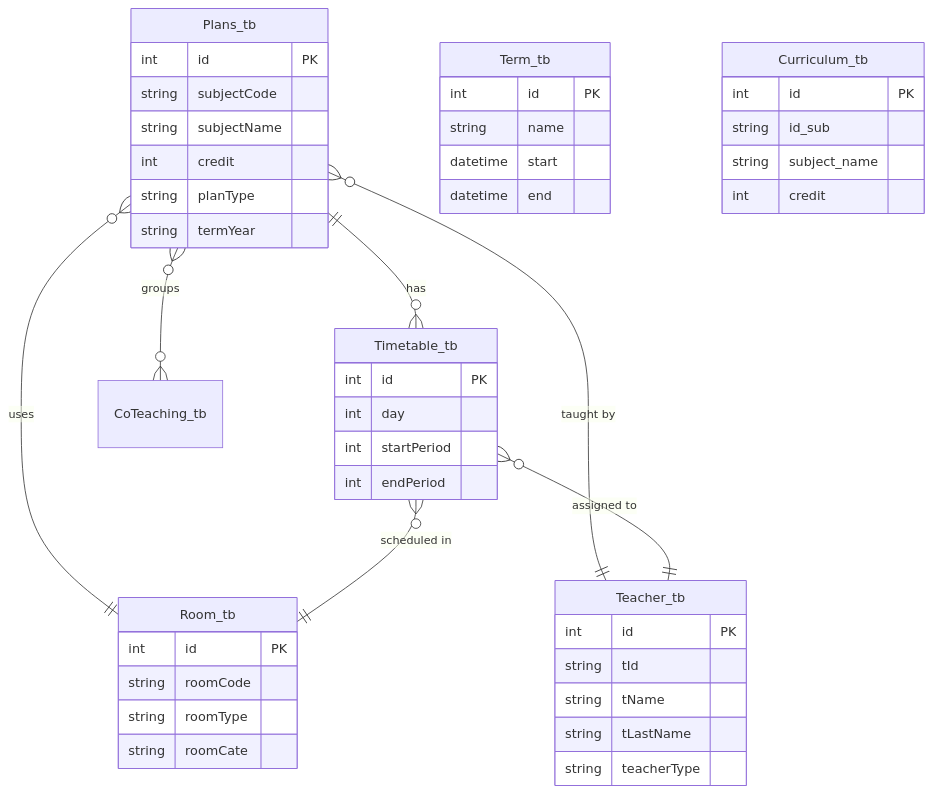
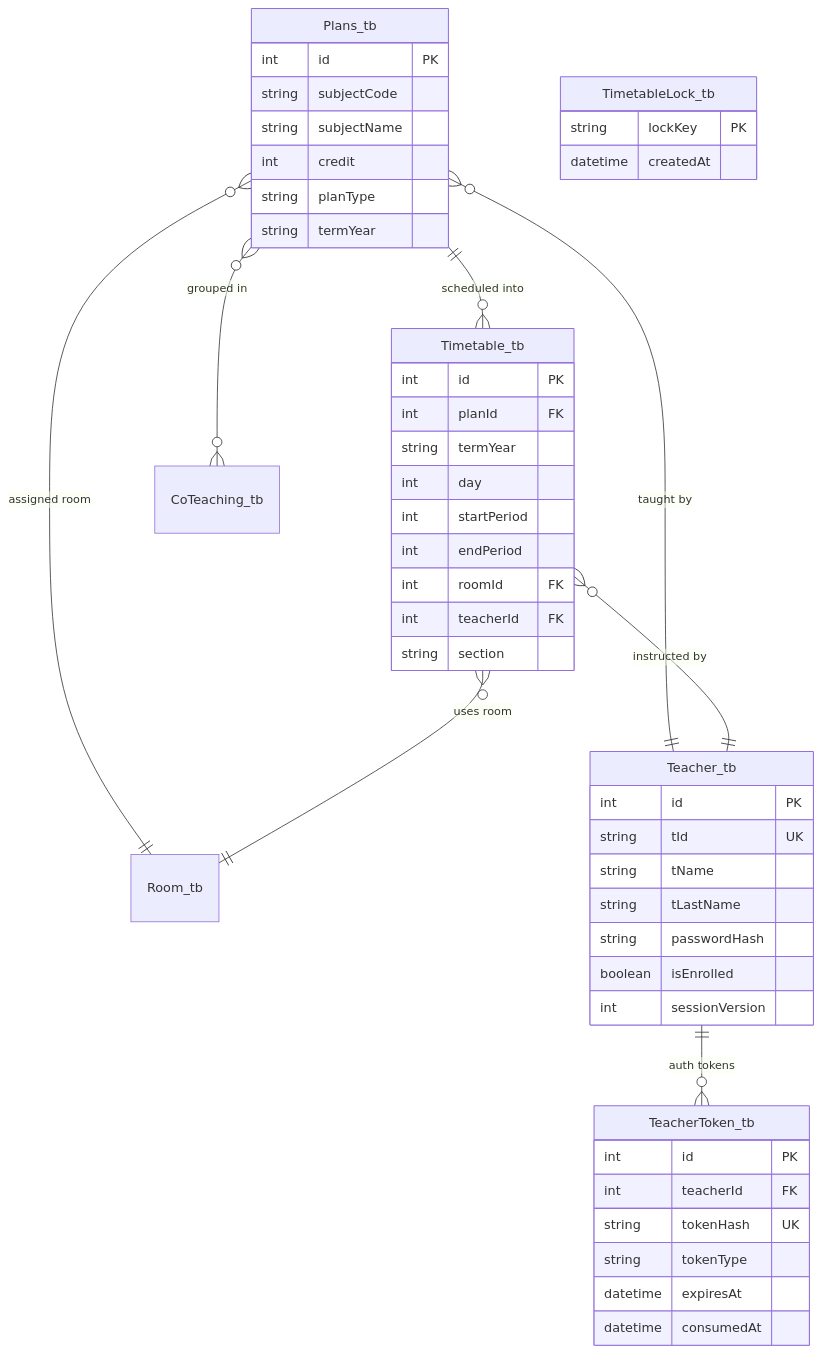
The second of 2 diagrams in README.md (Erbiyon/cpetak-timetable), drawn with Mermaid before and after one commit. The commit also changed other lines of this file, not shown here.

Commit message:
docs: modernize README.md with updated tech stack, architecture, security, concurrency, and test suites

````diff
--- a/README.md
+++ b/README.md
@@ -356,49 +279,51 @@
 ```mermaid
 erDiagram
-    Plans_tb ||--o{ Timetable_tb : has
-    Plans_tb }o--|| Room_tb : uses
+    Plans_tb ||--o{ Timetable_tb : "scheduled into"
+    Plans_tb }o--|| Room_tb : "assigned room"
     Plans_tb }o--|| Teacher_tb : "taught by"
-    Plans_tb }o--o{ CoTeaching_tb : "groups"
-    Timetable_tb }o--|| Room_tb : "scheduled in"
-    Timetable_tb }o--|| Teacher_tb : "assigned to"
-    Term_tb {
+    Plans_tb }o--o{ CoTeaching_tb : "grouped in"
+    Teacher_tb ||--o{ TeacherToken_tb : "auth tokens"
+    Timetable_tb }o--|| Room_tb : "uses room"
+    Timetable_tb }o--|| Teacher_tb : "instructed by"
+
+    Teacher_tb {
         int id PK
-        string name
-        datetime start
-        datetime end
+        string tId UK
+        string tName
+        string tLastName
+        string passwordHash
+        boolean isEnrolled
+        int sessionVersion
+    }
+    TeacherToken_tb {
+        int id PK
+        int teacherId FK
+        string tokenHash UK
+        string tokenType
+        datetime expiresAt
+        datetime consumedAt
+    }
+    TimetableLock_tb {
+        string lockKey PK
+        datetime createdAt
+    }
+    Timetable_tb {
+        int id PK
+        int planId FK
+        string termYear
+        int day
+        int startPeriod
+        int endPeriod
+        int roomId FK
+        int teacherId FK
+        string section
     }
     Plans_tb {
         int id PK
         string subjectCode
         string subjectName
         int credit
         string planType
         string termYear
     }
-    Room_tb {
-        int id PK
-        string roomCode
-        string roomType
-        string roomCate
-    }
-    Teacher_tb {
-        int id PK
-        string tId
-        string tName
-        string tLastName
-        string teacherType
-    }
-    Timetable_tb {
-        int id PK
-        int day
-        int startPeriod
-        int endPeriod
-    }
-    Curriculum_tb {
-        int id PK
-        string id_sub
-        string subject_name
-        int credit
-    }
-    
 ```
````
